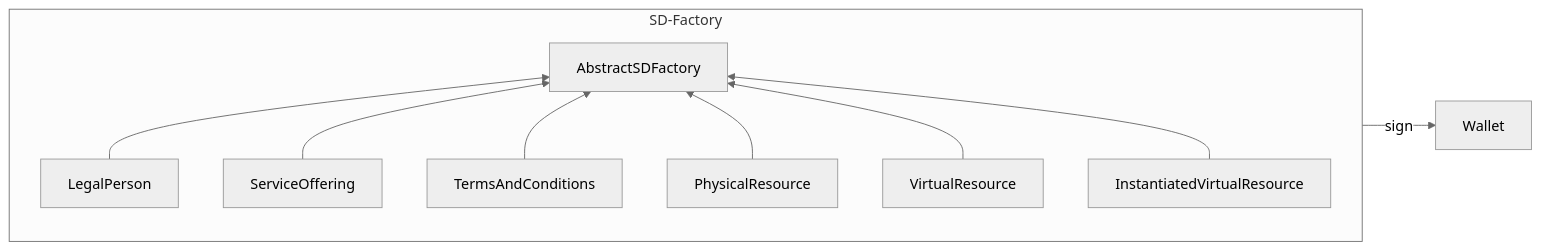
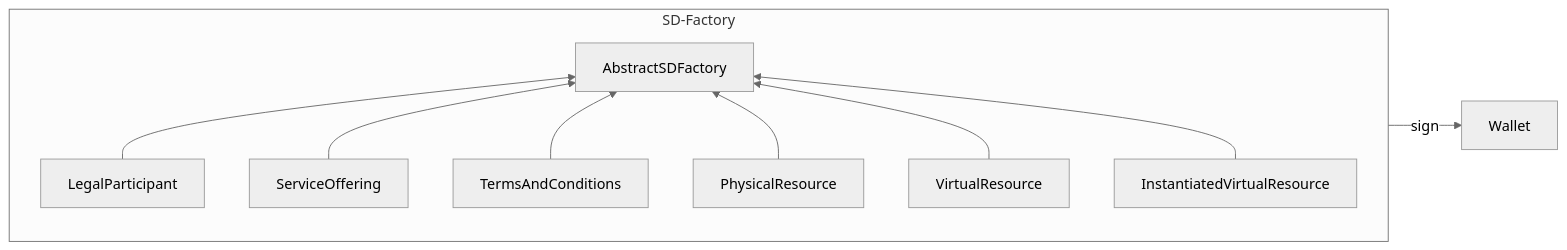
Before and after one commit to eclipse-tractusx/sd-factory: the second of 3 diagrams in docs/ARC42.md, drawn with Mermaid (neutral theme). The commit also changed other lines of this file and 20 other files, not shown here.

````diff
--- a/docs/ARC42.md
+++ b/docs/ARC42.md
@@ -149,14 +149,14 @@
 ```mermaid
 flowchart LR
     AF --> |sign| Wallet 
 	subgraph SD-Factory
 	    direction BT
-		LegalPerson --> AF[AbstractSDFactory]
+		LegalParticipant --> AF[AbstractSDFactory]
 		ServiceOffering --> AF
 		TermsAndConditions --> AF
 		PhysicalResource --> AF
 		VirtualResource --> AF
 		InstantiatedVirtualResource -->AF
 	end
 	
 ```
````
